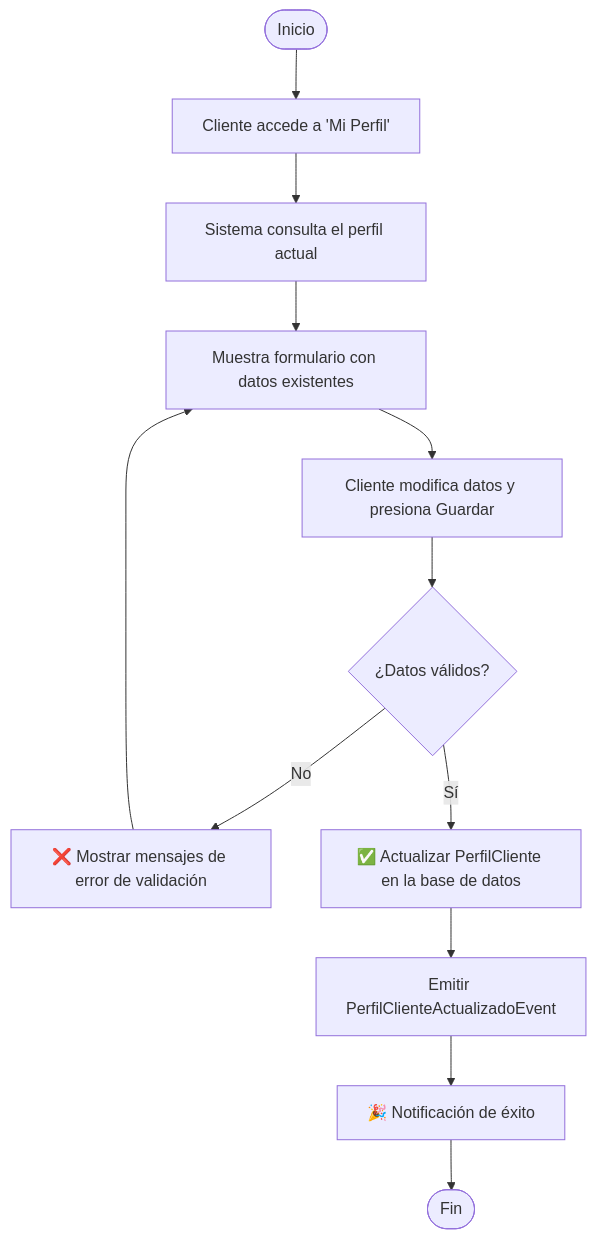
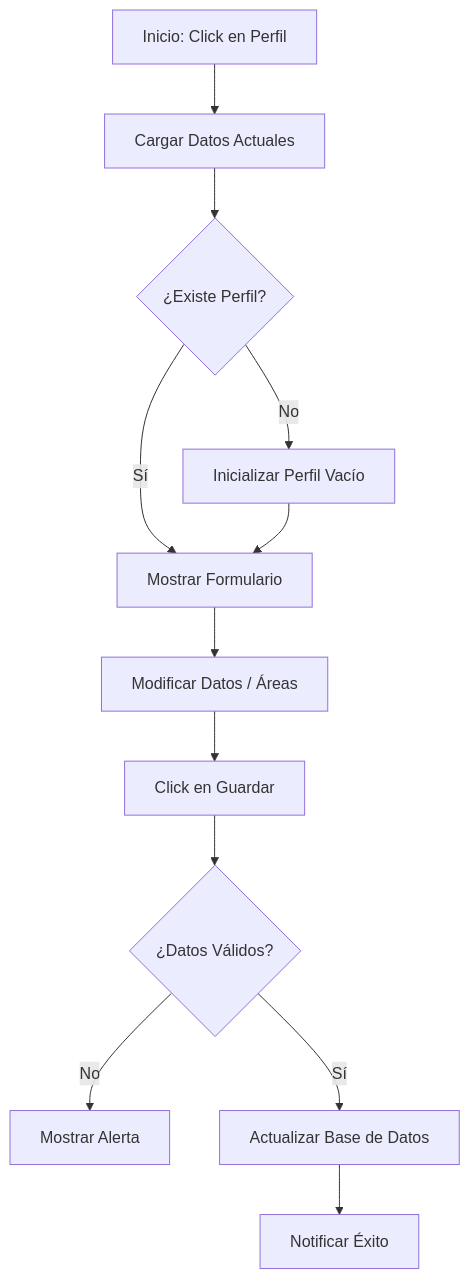
The first of 2 diagrams in docs/use-cases/gestionar_perfil_cliente.md (kenchic/GrupoXpert), drawn with Mermaid before and after one commit. The commit also changed other lines of this file and 36 other files, not shown here.

````diff
--- a/docs/use-cases/gestionar_perfil_cliente.md
+++ b/docs/use-cases/gestionar_perfil_cliente.md
@@ -52,14 +25,14 @@
 ```mermaid
 graph TD
-    A([Inicio]) --> B[Cliente accede a 'Mi Perfil']
-    B --> C[Sistema consulta el perfil actual]
-    C --> D[Muestra formulario con datos existentes]
-    D --> E[Cliente modifica datos y presiona Guardar]
-    E --> F{¿Datos válidos?}
-    F -- No --> G[❌ Mostrar mensajes de error de validación]
-    G --> D
-    F -- Sí --> H[✅ Actualizar PerfilCliente en la base de datos]
-    H --> I[Emitir PerfilClienteActualizadoEvent]
-    I --> J[🎉 Notificación de éxito]
-    J --> K([Fin])
+    A[Inicio: Click en Perfil] --> B[Cargar Datos Actuales]
+    B --> C{¿Existe Perfil?}
+    C -- No --> D[Inicializar Perfil Vacío]
+    C -- Sí --> E[Mostrar Formulario]
+    D --> E
+    E --> F[Modificar Datos / Áreas]
+    F --> G[Click en Guardar]
+    G --> H{¿Datos Válidos?}
+    H -- No --> I[Mostrar Alerta]
+    H -- Sí --> J[Actualizar Base de Datos]
+    J --> K[Notificar Éxito]
 ```
````
